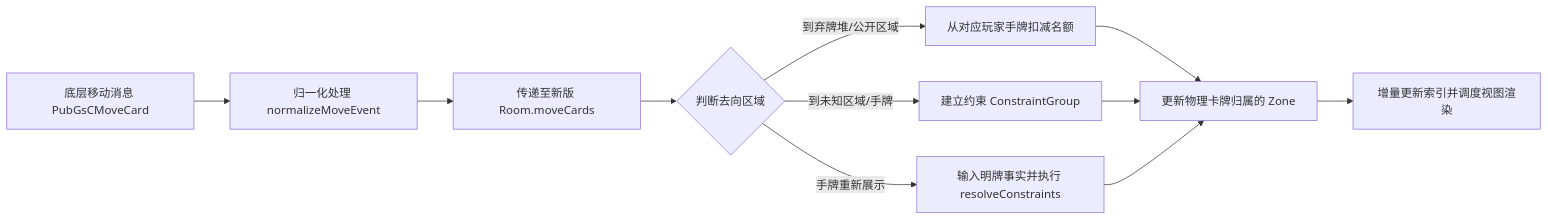
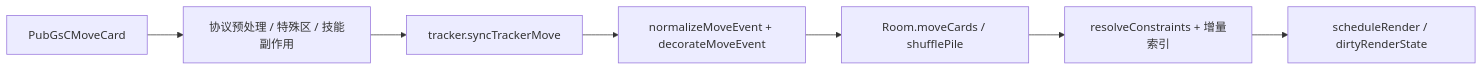
One commit to llsccm/tracker changed the third of 3 diagrams in docs/agents/lifecycle.md. Above: the diagram before and after it, drawn with Mermaid. The commit also changed other lines of this file and 10 other files, not shown here.

````diff
--- a/docs/agents/lifecycle.md
+++ b/docs/agents/lifecycle.md
@@ -245,11 +204,9 @@
 ```mermaid
 graph LR
-    A[底层移动消息 PubGsCMoveCard] --> B[归一化处理 normalizeMoveEvent]
-    B --> C[传递至新版 Room.moveCards]
-    C --> D{判断去向区域}
-    D -- 到弃牌堆/公开区域 --> E[从对应玩家手牌扣减名额]
-    D -- 到未知区域/手牌 --> F[建立约束 ConstraintGroup]
-    D -- 手牌重新展示 --> G[输入明牌事实并执行 resolveConstraints]
-    E & F & G --> H[更新物理卡牌归属的 Zone]
-    H --> I[增量更新索引并调度视图渲染]
+    A[PubGsCMoveCard] --> B[协议预处理 / 特殊区 / 技能副作用]
+    B --> C[tracker.syncTrackerMove]
+    C --> D[normalizeMoveEvent + decorateMoveEvent]
+    D --> E[Room.moveCards / shufflePile]
+    E --> F[resolveConstraints + 增量索引]
+    F --> G[scheduleRender / dirtyRenderState]
 ```
````
